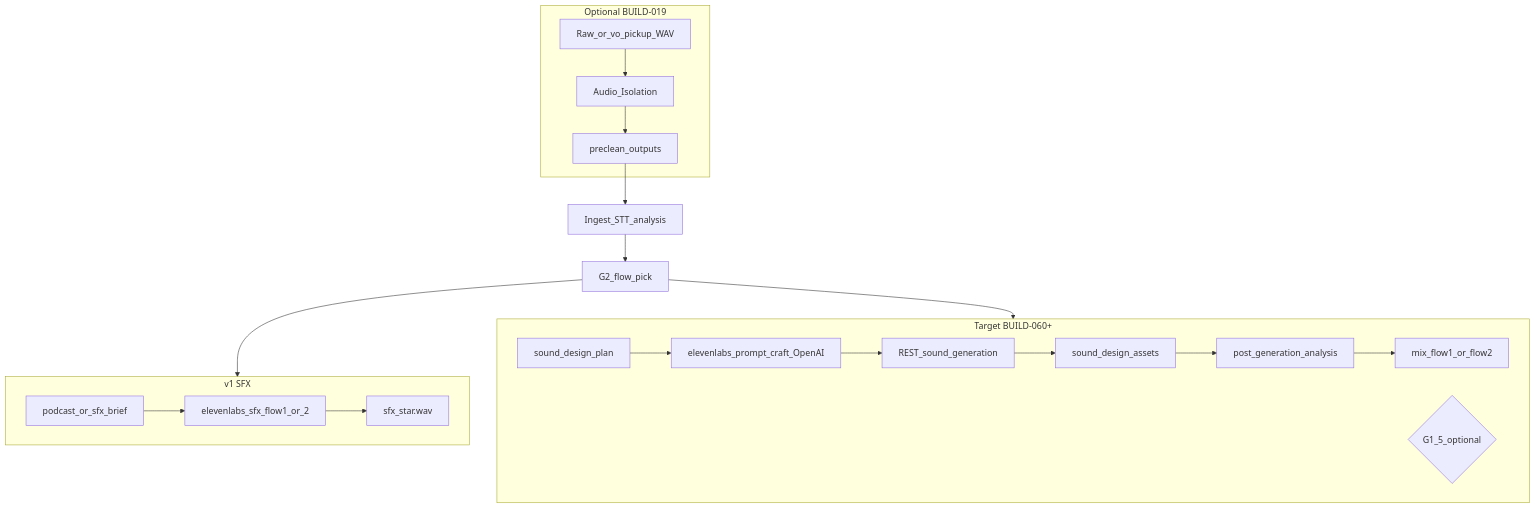
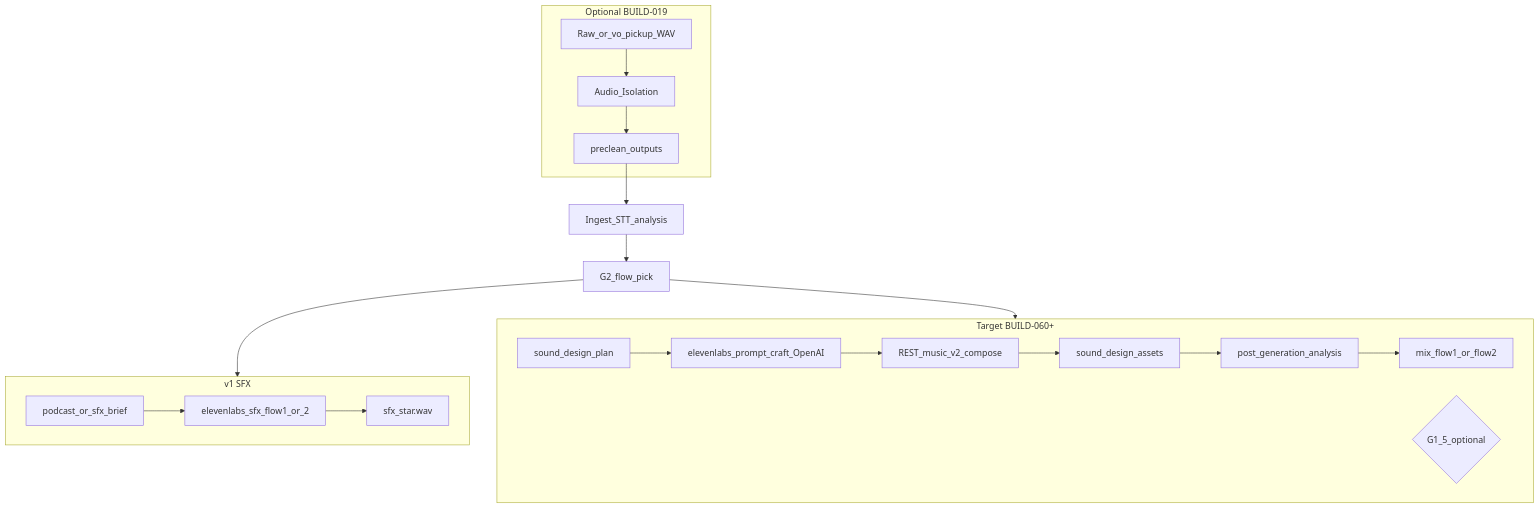
One commit to NicketUttarwar/interview_helper_mux changed the diagram in docs/cross-cutting/elevenlabs-integration-guide.md. Above: the diagram before and after it, drawn with Mermaid. The commit also changed other lines of this file and 75 other files, not shown here.

````diff
--- a/docs/cross-cutting/elevenlabs-integration-guide.md
+++ b/docs/cross-cutting/elevenlabs-integration-guide.md
@@ -188,27 +195,27 @@
 ```mermaid
 flowchart TB
   subgraph optional [Optional BUILD-019]
     RAW[Raw_or_vo_pickup_WAV] --> ISO[Audio_Isolation]
     ISO --> CLEAN[preclean_outputs]
   end
 
   CLEAN --> ING[Ingest_STT_analysis]
   ING --> G2[G2_flow_pick]
 
   subgraph v1sfx [v1 SFX]
     BRIEF[podcast_or_sfx_brief] --> EL1[elevenlabs_sfx_flow1_or_2]
     EL1 --> SFX[sfx_star.wav]
   end
 
   subgraph targetsfx [Target BUILD-060+]
     SDP[sound_design_plan] --> CRAFT[elevenlabs_prompt_craft_OpenAI]
     G15{G1_5_optional}
-    CRAFT --> GEN[REST_sound_generation]
+    CRAFT --> GEN[REST_music_v2_compose]
     GEN --> ASSETS[sound_design_assets]
     ASSETS --> POST[post_generation_analysis]
     POST --> MIX[mix_flow1_or_flow2]
   end
 
   G2 --> v1sfx
   G2 --> targetsfx
 ```
````
